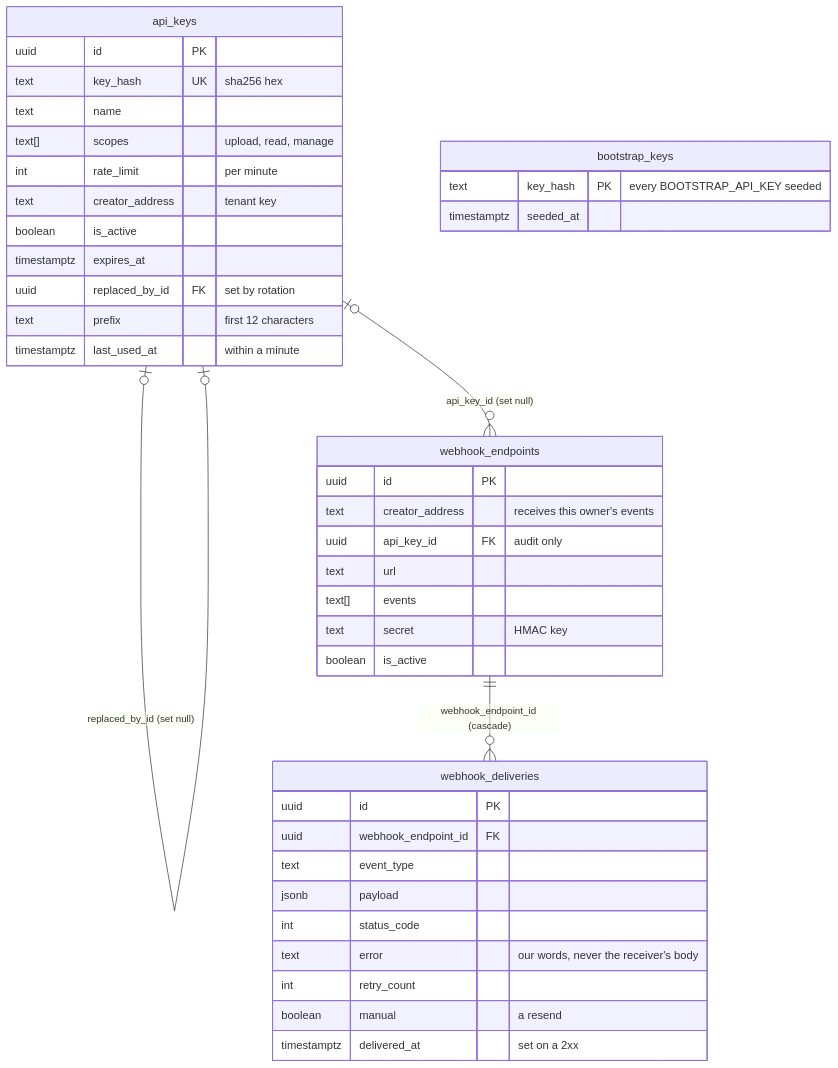
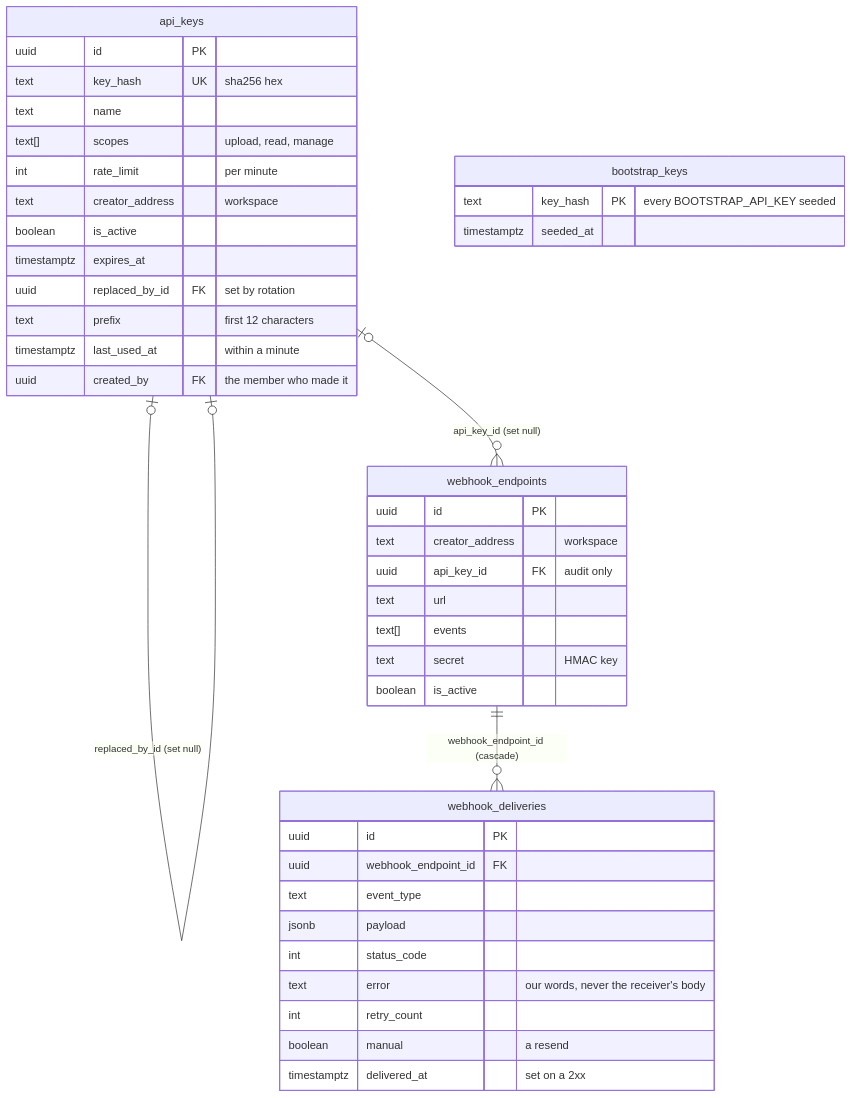
The third of 4 diagrams in docs/architecture/data-model.md (justmert/Sluby), drawn with Mermaid before and after one commit. The commit also changed other lines of this file and 29 other files, not shown here.

````diff
--- a/docs/architecture/data-model.md
+++ b/docs/architecture/data-model.md
@@ -165,45 +187,46 @@
 ```mermaid
 erDiagram
   direction TB
   api_keys |o--o| api_keys : "replaced_by_id (set null)"
   api_keys |o--o{ webhook_endpoints : "api_key_id (set null)"
   webhook_endpoints ||--o{ webhook_deliveries : "webhook_endpoint_id (cascade)"
 
   api_keys {
     uuid id PK
     text key_hash UK "sha256 hex"
     text name
     text[] scopes "upload, read, manage"
     int rate_limit "per minute"
-    text creator_address "tenant key"
+    text creator_address "workspace"
     boolean is_active
     timestamptz expires_at
     uuid replaced_by_id FK "set by rotation"
     text prefix "first 12 characters"
     timestamptz last_used_at "within a minute"
+    uuid created_by FK "the member who made it"
   }
   bootstrap_keys {
     text key_hash PK "every BOOTSTRAP_API_KEY seeded"
     timestamptz seeded_at
   }
   webhook_endpoints {
     uuid id PK
-    text creator_address "receives this owner's events"
+    text creator_address "workspace"
     uuid api_key_id FK "audit only"
     text url
     text[] events
     text secret "HMAC key"
     boolean is_active
   }
   webhook_deliveries {
     uuid id PK
     uuid webhook_endpoint_id FK
     text event_type
     jsonb payload
     int status_code
     text error "our words, never the receiver's body"
     int retry_count
     boolean manual "a resend"
     timestamptz delivered_at "set on a 2xx"
   }
 ```
````
